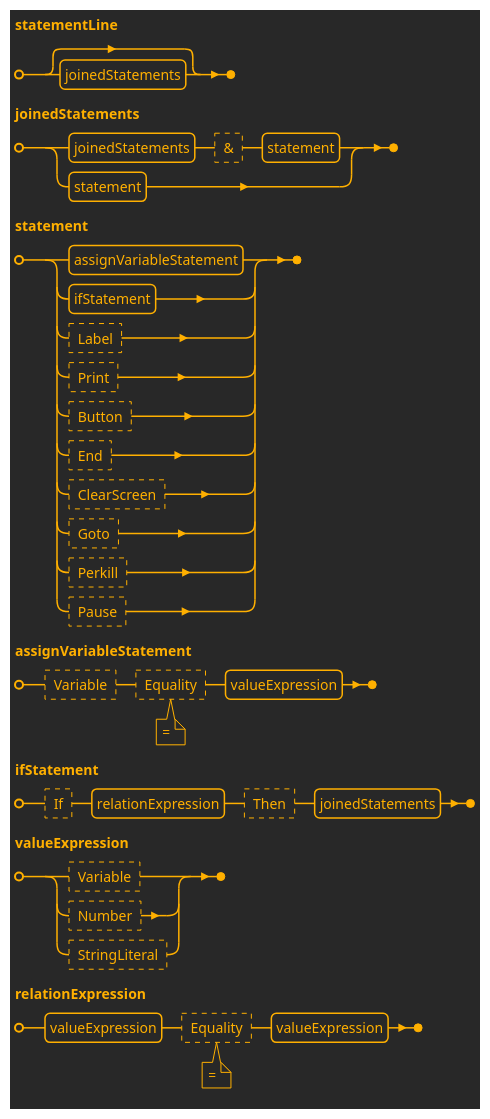
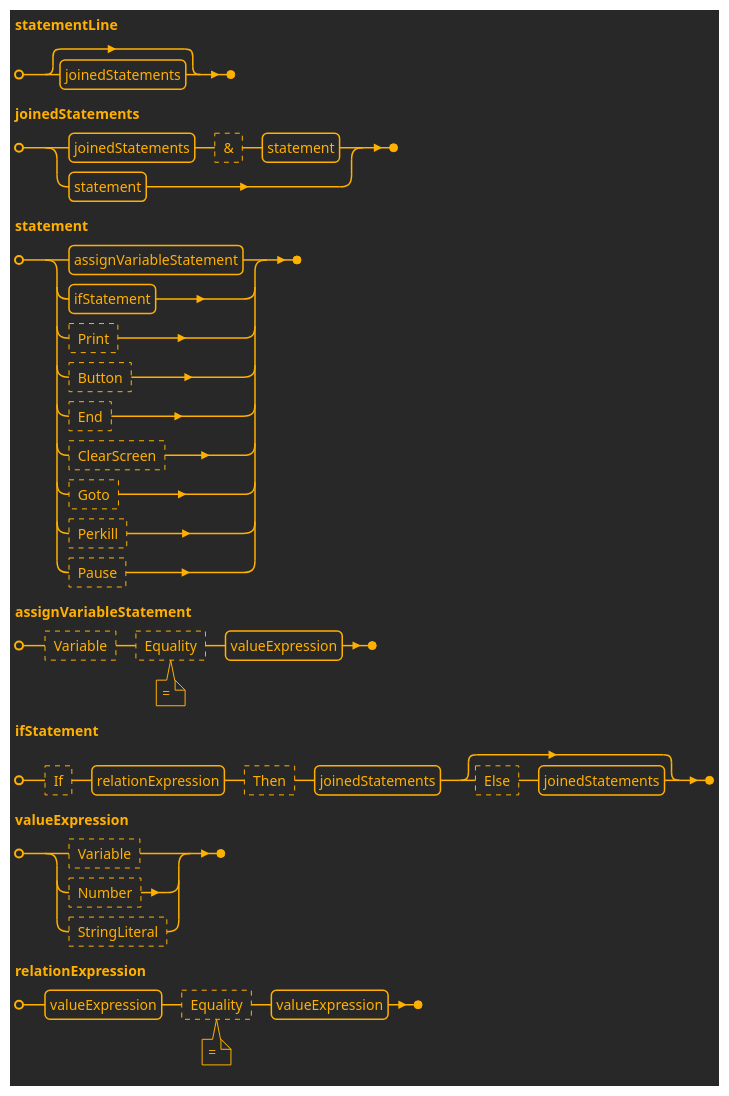
Before and after one commit to realsonic/MURQ: the first of 3 diagrams in Domain/MURQ.Domain/URQL/docs/URQL Lines Syntax.md, drawn with PlantUML. The commit also changed 8 other files, not shown here.

````diff
--- a/Domain/MURQ.Domain/URQL/docs/URQL Lines Syntax.md
+++ b/Domain/MURQ.Domain/URQL/docs/URQL Lines Syntax.md
@@ -2,31 +2,30 @@
 ```plantuml
 @startebnf URQL Line
 !theme crt-amber
 
 statementLine = [ joinedStatements ];
 
 joinedStatements = 
       joinedStatements, ? & ?, statement
     | statement;
 
 statement =
     assignVariableStatement
   | ifStatement
-  | ? Label ?
   | ? Print ?
   | ? Button ?
   | ? End ?
   | ? ClearScreen ?
   | ? Goto ?
   | ? Perkill ?
   | ? Pause ?;
 
 assignVariableStatement = ? Variable ?,  ? Equality ? (*""=""*), valueExpression;
 
-ifStatement = ? If ?, relationExpression, ? Then ?, joinedStatements;
+ifStatement = ? If ?, relationExpression, ? Then ?, joinedStatements, [ ? Else ?, joinedStatements ];
 
 valueExpression = ? Variable ? | ? Number ? | ? StringLiteral ?;
 
 relationExpression = valueExpression, ? Equality ? (*""=""*), valueExpression;
 @endebnf
 ```
````
